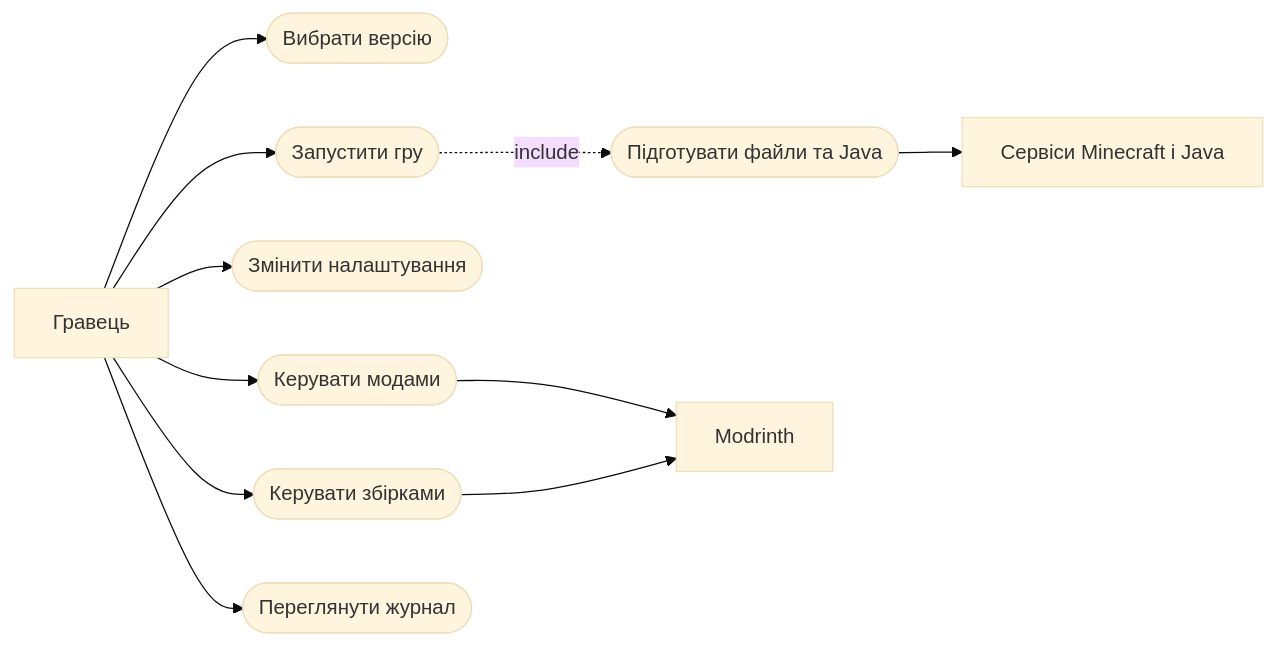
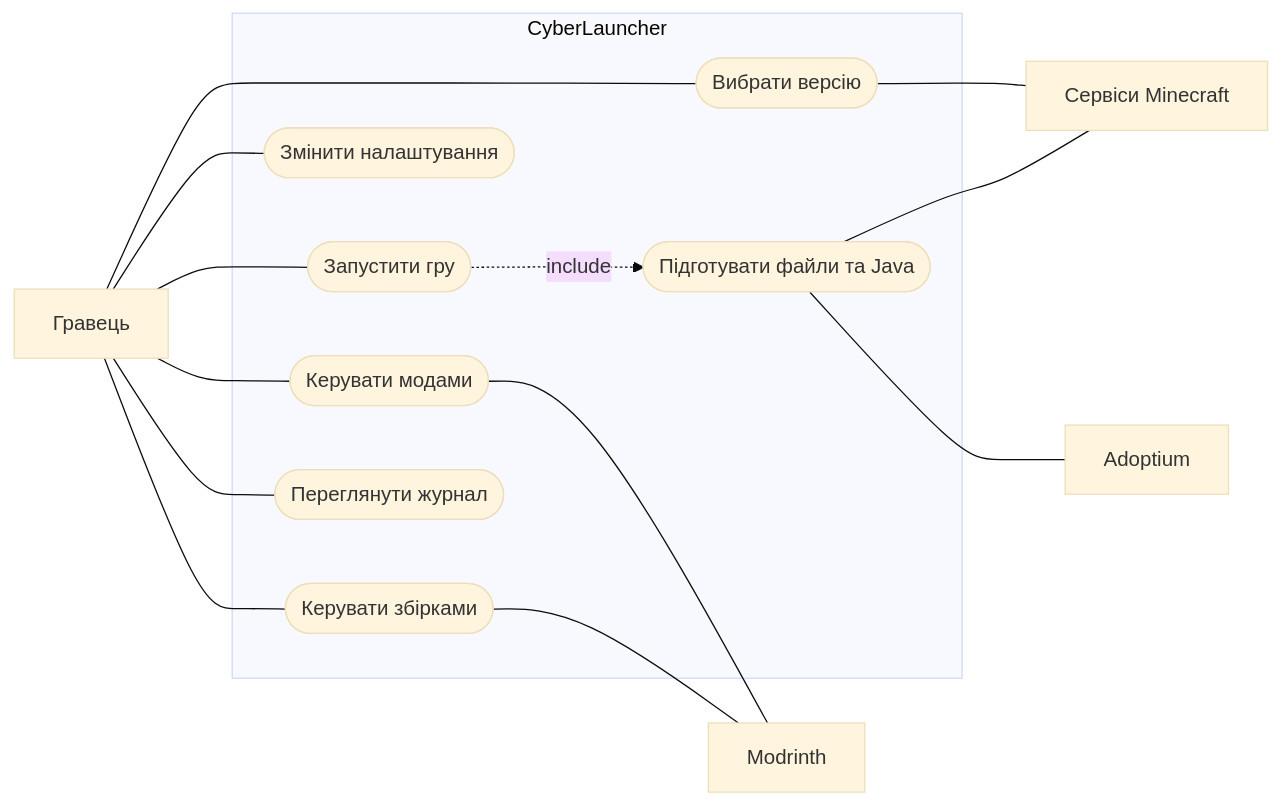
One commit to DenyRun0/CyberLauncher changed the second of 5 diagrams in CyberLauncher_Labs.md. Above: the diagram before and after it, drawn with Mermaid (base theme). The commit also changed other lines of this file, not shown here.

````diff
--- a/CyberLauncher_Labs.md
+++ b/CyberLauncher_Labs.md
@@ -108,13 +118,28 @@
 ```mermaid
 flowchart LR
- P[Гравець] --> V([Вибрати версію])
- P --> L([Запустити гру])
- P --> S([Змінити налаштування])
- P --> M([Керувати модами])
- P --> B([Керувати збірками])
- P --> J([Переглянути журнал])
- L -. include .-> D([Підготувати файли та Java])
- D --> X[Сервіси Minecraft і Java]
- M --> R[Modrinth]
- B --> R
+ P[Гравець]
+ X[Сервіси Minecraft]
+ R[Modrinth]
+ A[Adoptium]
+ subgraph CL[CyberLauncher]
+ V([Вибрати версію])
+ L([Запустити гру])
+ S([Змінити налаштування])
+ M([Керувати модами])
+ B([Керувати збірками])
+ J([Переглянути журнал])
+ D([Підготувати файли та Java])
+ end
+ P --- V
+ P --- L
+ P --- S
+ P --- M
+ P --- B
+ P --- J
+ L -. include .-> D
+ V --- X
+ D --- X
+ D --- A
+ M --- R
+ B --- R
 ```
````
